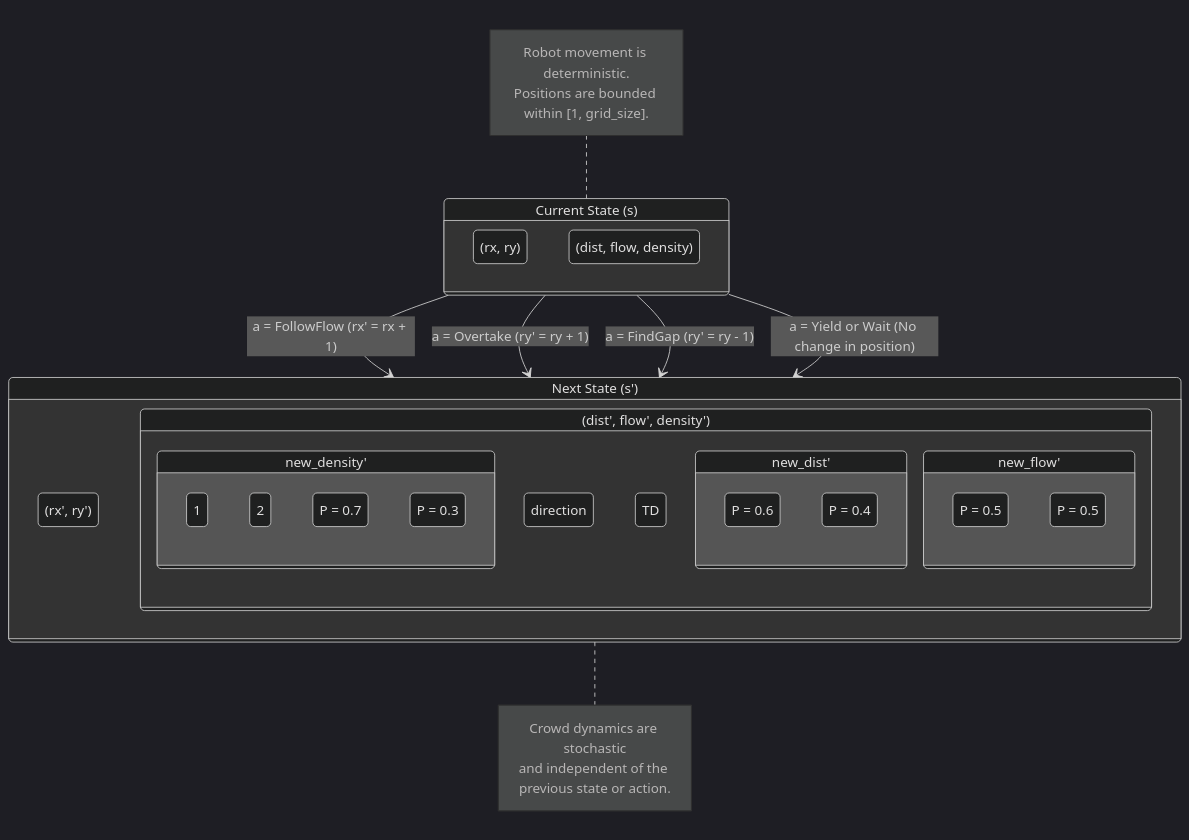
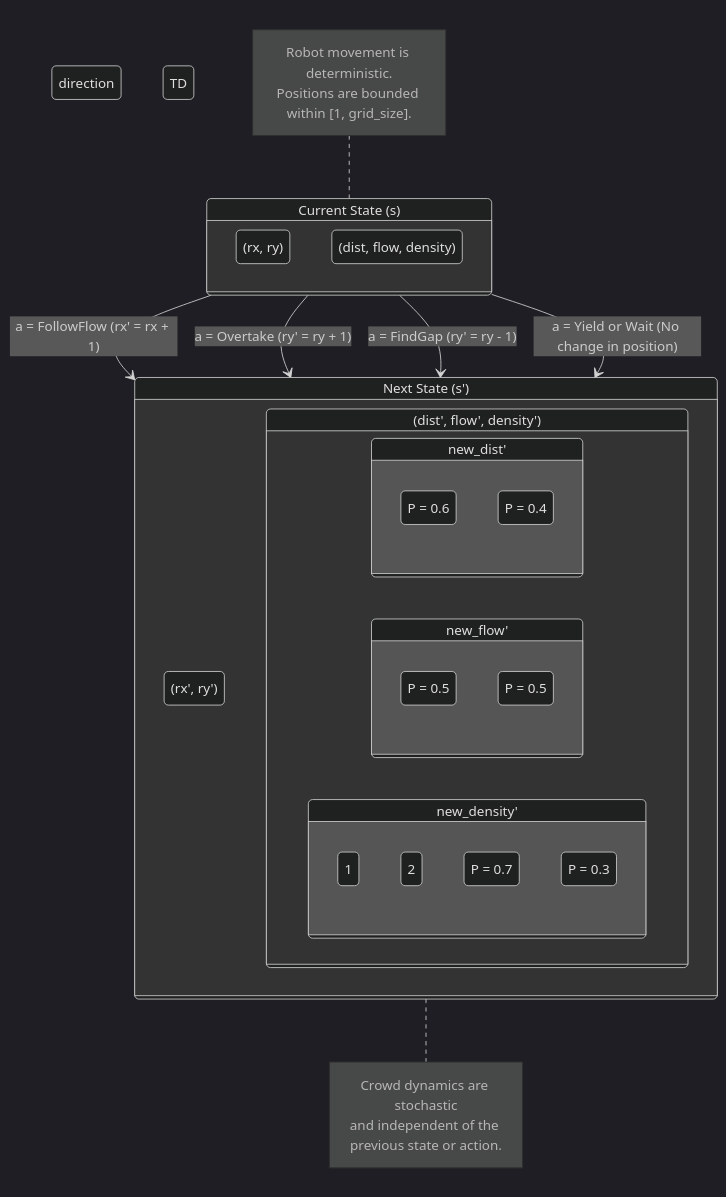
The diagram in README.md (hoashalarajh/Partially-Observable-Markov-Decision-Process-based-Robot-Decision-Making), drawn with Mermaid (dark theme) before and after one commit.

Commit message:
Change direction from TD to LR in README

````diff
--- a/README.md
+++ b/README.md
@@ -36,50 +36,50 @@
 ```mermaid
 stateDiagram-v2
     direction TD
 
     %% Define the states
     state "Current State (s)" as S {
         direction TB
         Robot_Pos: (rx, ry)
         Crowd_State: (dist, flow, density)
     }
 
     state "Next State (s')" as S_prime {
         direction TB
         Robot_Pos_New: (rx', ry')
         Crowd_State_New: (dist', flow', density')
     }
 
     %% Part 1: Deterministic Robot Transitions based on Action (a)
     note left of S
         Robot movement is deterministic.
         Positions are bounded within [1, grid_size].
     end note
     
     S --> S_prime : a = FollowFlow (rx' = rx + 1)
     S --> S_prime : a = Overtake (ry' = ry + 1)
     S --> S_prime : a = FindGap (ry' = ry - 1)
     S --> S_prime : a = Yield or Wait (No change in position)
 
     %% Part 2: Stochastic Crowd Transition (Independent of Action)
     note right of S_prime
         Crowd dynamics are stochastic
         and independent of the previous state or action.
     end note
 
     state Crowd_State_New {
-        direction TD
+        direction LR
         state "new_dist'" as ND {
             1 (Far) : P = 0.6
             2 (Near) : P = 0.4
         }
         state "new_flow'" as NF {
             1 (Aligned) : P = 0.5
             2 (Opposing) : P = 0.5
         }
         state "new_density'" as NDen {
             1 (Low) : P = 0.7
             2 (High) : P = 0.3
         }
     }
 ```
````
